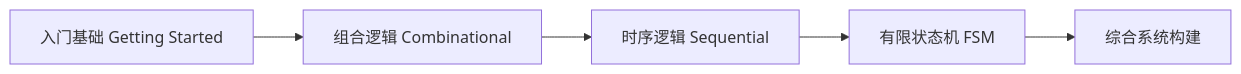
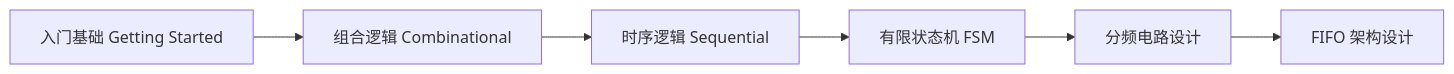
The diagram in docs/hdlbits/index.md (hyh20050326-web/notes), drawn with Mermaid before and after one commit. The commit also changed other lines of this file and 3 other files, not shown here.

````diff
--- a/docs/hdlbits/index.md
+++ b/docs/hdlbits/index.md
@@ -9,7 +9,8 @@
 ```mermaid
 graph LR
     A[入门基础 Getting Started] --> B[组合逻辑 Combinational]
     B --> C[时序逻辑 Sequential]
     C --> D[有限状态机 FSM]
-    D --> E[综合系统构建]
+    D --> E[分频电路设计]
+    E --> F[FIFO 架构设计]
 ```
````
